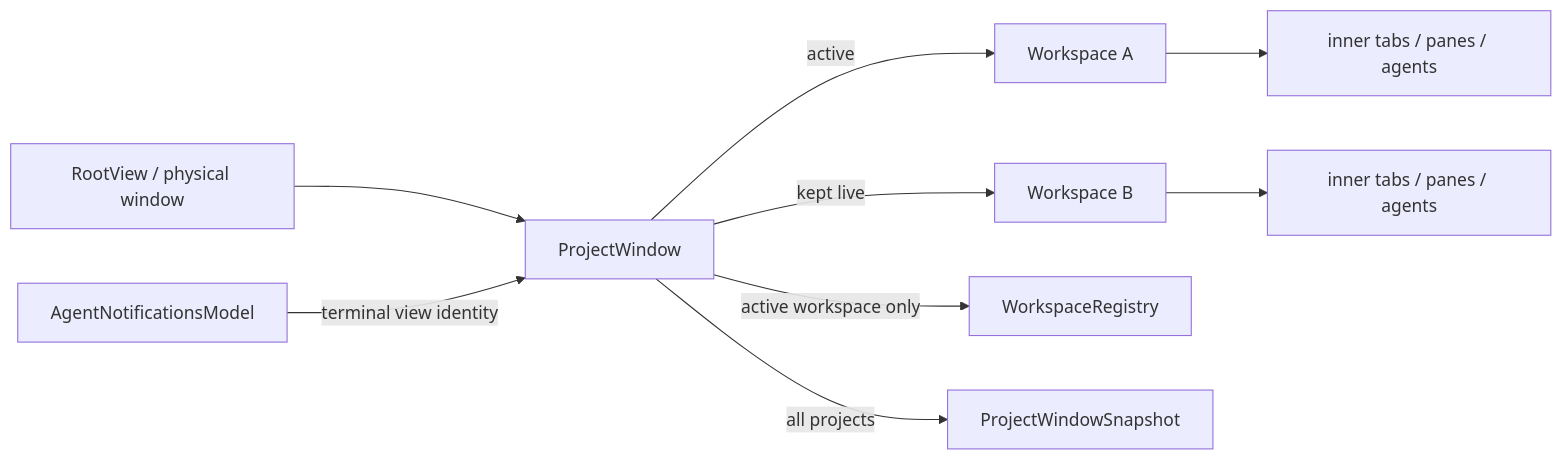
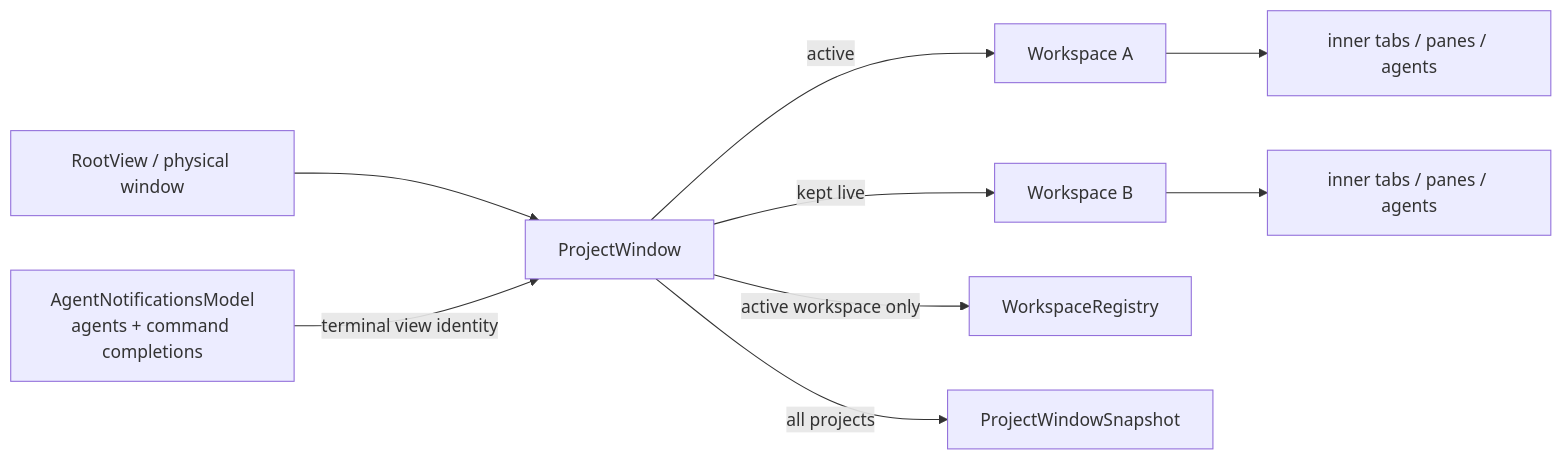
Before and after one commit to elliot-ylambda/clinch-terminal: the diagram in specs/project-tabs/TECH.md, drawn with Mermaid. The commit also changed other lines of this file and 36 other files, not shown here.

````diff
--- a/specs/project-tabs/TECH.md
+++ b/specs/project-tabs/TECH.md
@@ -175,11 +179,11 @@
 ```mermaid
 flowchart LR
     Root[RootView / physical window] --> PW[ProjectWindow]
     PW -->|active| WA[Workspace A]
     PW -->|kept live| WB[Workspace B]
     WA --> TA[inner tabs / panes / agents]
     WB --> TB[inner tabs / panes / agents]
-    Notify[AgentNotificationsModel] -->|terminal view identity| PW
+    Notify[AgentNotificationsModel<br/>agents + command completions] -->|terminal view identity| PW
     PW -->|active workspace only| Registry[WorkspaceRegistry]
     PW -->|all projects| Snapshot[ProjectWindowSnapshot]
 ```
````
